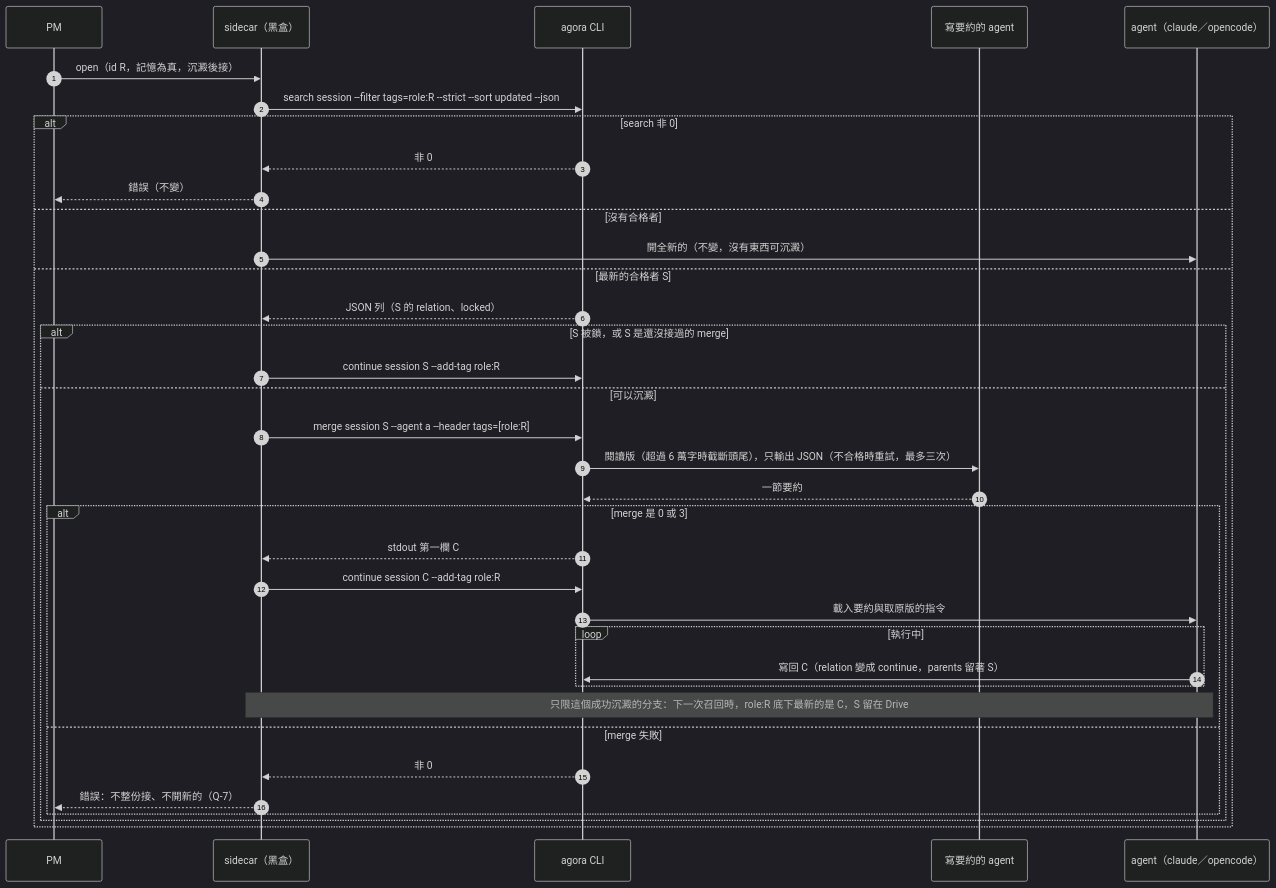
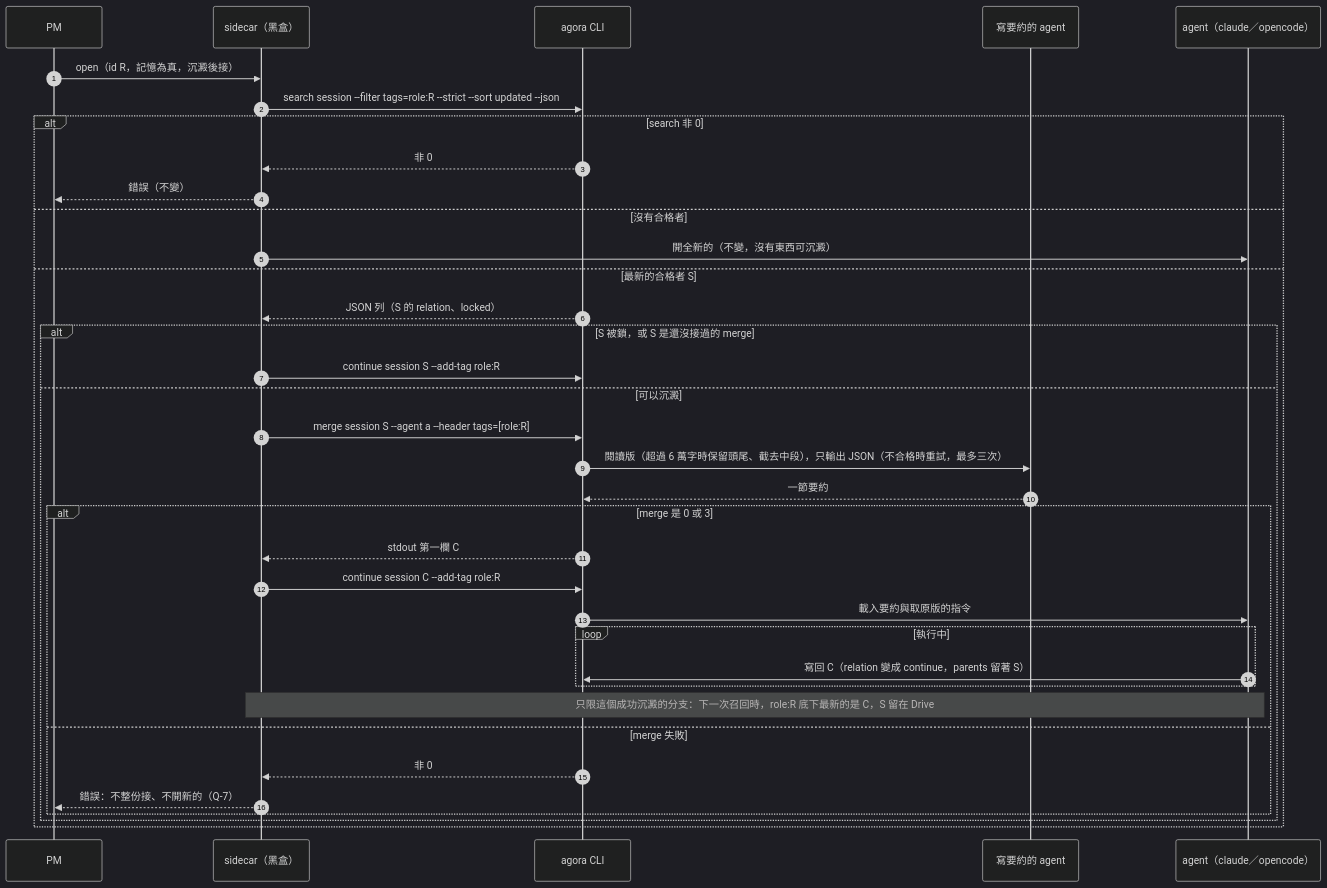
One commit to FATESAIKOU/MyAiStorage changed the second of 3 diagrams in docs/design-notes/462-session-editing-and-consolidation.md. Above: the diagram before and after it, drawn with Mermaid (dark theme). The commit also changed other lines of this file, not shown here.

````diff
--- a/docs/design-notes/462-session-editing-and-consolidation.md
+++ b/docs/design-notes/462-session-editing-and-consolidation.md
@@ -528,38 +532,38 @@
 ```mermaid
 sequenceDiagram
   autonumber
   participant PM
   participant SC as sidecar（黑盒）
   participant AG as agora CLI
   participant SM as 寫要約的 agent
   participant AI as agent（claude／opencode）
   PM->>SC: open（id R，記憶為真，沉澱後接）
   SC->>AG: search session --filter tags=role:R --strict --sort updated --json
   alt search 非 0
     AG-->>SC: 非 0
     SC-->>PM: 錯誤（不變）
   else 沒有合格者
     SC->>AI: 開全新的（不變，沒有東西可沉澱）
   else 最新的合格者 S
     AG-->>SC: JSON 列（S 的 relation、locked）
     alt S 被鎖，或 S 是還沒接過的 merge
       SC->>AG: continue session S --add-tag role:R
     else 可以沉澱
       SC->>AG: merge session S --agent a --header tags=[role:R]
-      AG->>SM: 閱讀版（超過 6 萬字時截斷頭尾），只輸出 JSON（不合格時重試，最多三次）
+      AG->>SM: 閱讀版（超過 6 萬字時保留頭尾、截去中段），只輸出 JSON（不合格時重試，最多三次）
       SM-->>AG: 一節要約
       alt merge 是 0 或 3
         AG-->>SC: stdout 第一欄 C
         SC->>AG: continue session C --add-tag role:R
         AG->>AI: 載入要約與取原版的指令
         loop 執行中
           AI->>AG: 寫回 C（relation 變成 continue，parents 留著 S）
         end
         Note over SC,AI: 只限這個成功沉澱的分支：下一次召回時，role:R 底下最新的是 C，S 留在 Drive
       else merge 失敗
         AG-->>SC: 非 0
         SC-->>PM: 錯誤：不整份接、不開新的（Q-7）
       end
     end
   end
 ```
````
